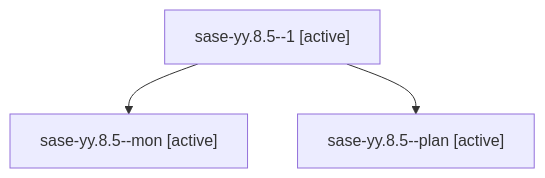
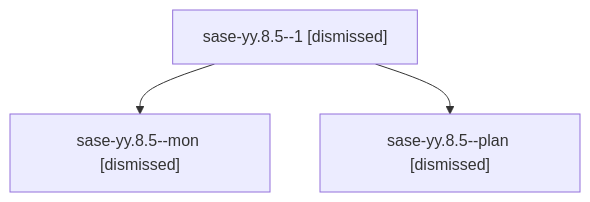
One commit to sase-org/sase--agents changed the diagram in sessions/bbugyi200.athena.sase-yy.8.5.md. Above: the diagram before and after it, drawn with Mermaid. The commit also changed other lines of this file and 208 other files, not shown here.

````diff
--- a/sessions/bbugyi200.athena.sase-yy.8.5.md
+++ b/sessions/bbugyi200.athena.sase-yy.8.5.md
@@ -9,8 +9,8 @@
 ```mermaid
 flowchart TD
-  n0["sase-yy.8.5--1 [active]"]
-  n1["sase-yy.8.5--mon [active]"]
+  n0["sase-yy.8.5--1 [dismissed]"]
+  n1["sase-yy.8.5--mon [dismissed]"]
   n0 --> n1
-  n2["sase-yy.8.5--plan [active]"]
+  n2["sase-yy.8.5--plan [dismissed]"]
   n0 --> n2
 ```
````
